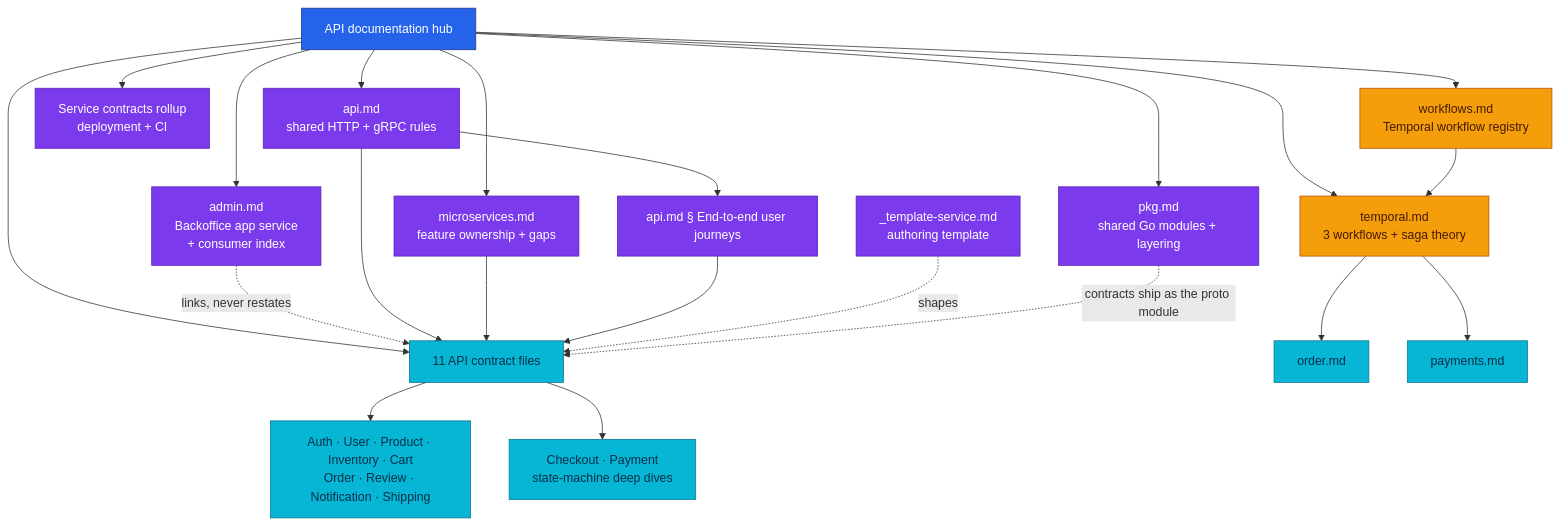
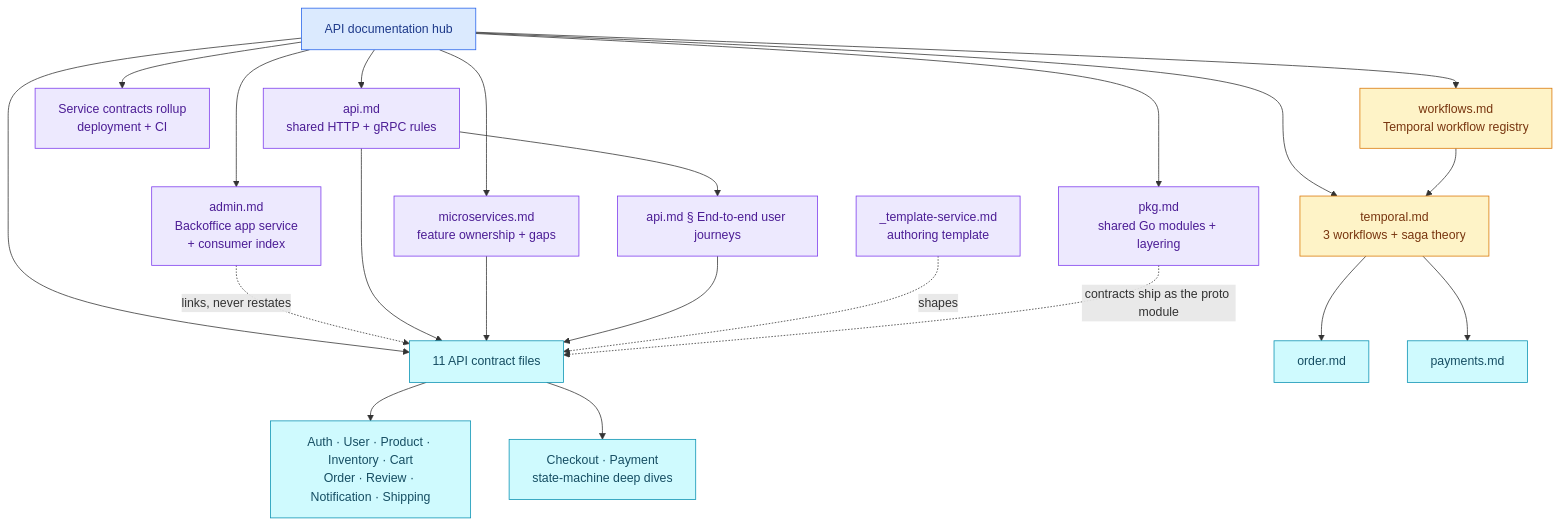
The diagram in docs/api/README.md (duynhlab/homelab), drawn with Mermaid before and after one commit. The commit also changed 174 other files, not shown here.

First line of the commit message:
Soft-tint diagram palette, a signal-flow diagram, a Linux-ready Draw.io skill

````diff
--- a/docs/api/README.md
+++ b/docs/api/README.md
@@ -16,32 +16,32 @@
 ```mermaid
 flowchart TD
     Hub["API documentation hub"] --> Shared["api.md<br/>shared HTTP + gRPC rules"]
     Hub --> Rollup["Service contracts rollup<br/>deployment + CI"]
     Hub --> Catalog["microservices.md<br/>feature ownership + gaps"]
     Hub --> Contracts["11 API contract files"]
     Hub --> Workflows["workflows.md<br/>Temporal workflow registry"]
     Hub --> Saga["temporal.md<br/>3 workflows + saga theory"]
     Hub --> Pkg["pkg.md<br/>shared Go modules + layering"]
     Hub --> Consumer["admin.md<br/>Backoffice app service<br/>+ consumer index"]
     Shared --> Journeys["api.md § End-to-end user journeys"]
     Contracts --> Basic["Auth · User · Product · Inventory · Cart<br/>Order · Review · Notification · Shipping"]
     Contracts --> Deep["Checkout · Payment<br/>state-machine deep dives"]
     Consumer -.->|"links, never restates"| Contracts
     Shared --> Contracts
     Catalog --> Contracts
     Journeys --> Contracts
     Workflows --> Saga
     Template["_template-service.md<br/>authoring template"] -.->|"shapes"| Contracts
     Saga --> Order["order.md"]
     Saga --> Payment["payments.md"]
     Pkg -.->|"contracts ship as the proto module"| Contracts
 
-    classDef hub fill:#2563eb,color:#fff,stroke:#1e3a8a;
-    classDef guide fill:#7c3aed,color:#fff,stroke:#5b21b6;
-    classDef contract fill:#06b6d4,color:#082f49,stroke:#0e7490;
-    classDef workflow fill:#f59e0b,color:#451a03,stroke:#b45309;
+    classDef hub fill:#dbeafe,color:#1e3a8a,stroke:#2563eb;
+    classDef guide fill:#ede9fe,color:#4c1d95,stroke:#7c3aed;
+    classDef contract fill:#cffafe,color:#164e63,stroke:#0891b2;
+    classDef workflow fill:#fef3c7,color:#78350f,stroke:#d97706;
     class Hub hub;
     class Shared,Catalog,Rollup,Journeys,Template,Pkg,Consumer guide;
     class Contracts,Basic,Deep,Order,Payment contract;
     class Saga,Workflows workflow;
 ```
````
